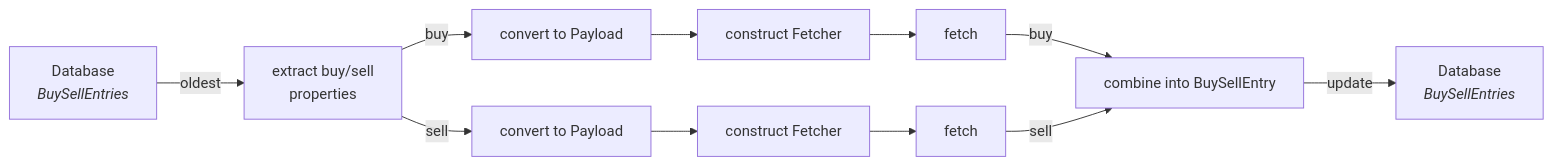
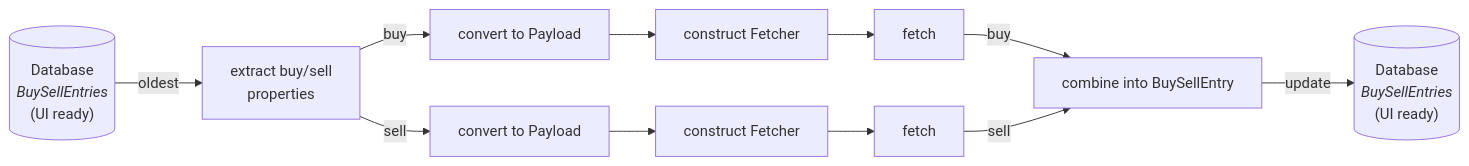
Before and after one commit to DixieSquad/weary-traveler: the fourth of 10 diagrams in documentation/software-design-document.md, drawn with Mermaid. The commit also changed other lines of this file, not shown here.

Commit message:
Add dataflow and database structures

````diff
--- a/documentation/software-design-document.md
+++ b/documentation/software-design-document.md
@@ -82,18 +82,20 @@
 ```mermaid
 flowchart LR
-db["`Database 
-_BuySellEntries_`"] --> |oldest| get_old[extract buy/sell<br/>properties]
+db[("`Database 
+_BuySellEntries_ 
+(UI ready)`")] --> |oldest| get_old[extract buy/sell<br/>properties]
 
 get_old --> |buy| convert_buy[convert to Payload]
 get_old --> |sell| convert_sell[convert to Payload]
 convert_buy --> construct_buy[construct Fetcher]
 convert_sell --> construct_sell[construct Fetcher]
 construct_buy --> fetch_buy[fetch]
 construct_sell --> fetch_sell[fetch]
 fetch_buy --> |buy| combine[combine into BuySellEntry]
 fetch_sell --> |sell| combine
 
-combine --> |update| db2["`Database 
-_BuySellEntries_`"]
+combine --> |update| db2[("`Database 
+_BuySellEntries_
+(UI ready)`")]
 
 ```
````
